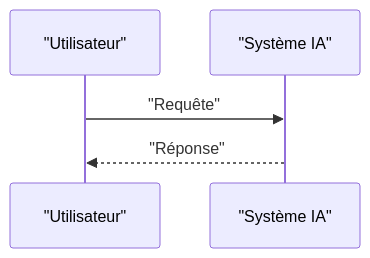
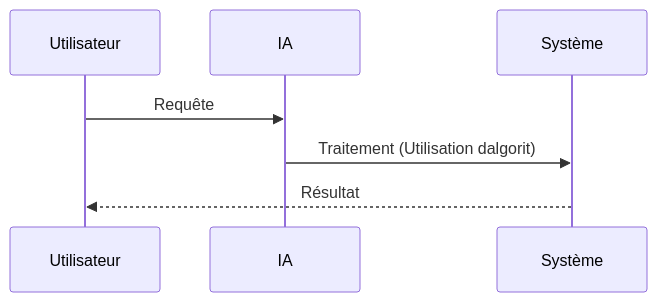
The second of 2 diagrams in ideas/quantum-materials-discovery/README.fr.md (flouzzy/top-100-ai-startup-ideas), drawn with Mermaid before and after one commit. The commit also changed other lines of this file and 68 other files, not shown here.

````diff
--- a/ideas/quantum-materials-discovery/README.fr.md
+++ b/ideas/quantum-materials-discovery/README.fr.md
@@ -37,7 +37,9 @@
 ```mermaid
 sequenceDiagram
-    participant U as "Utilisateur"
-    participant S as "Système IA"
-    U->>S: "Requête"
-    S-->>U: "Réponse"
+    participant Utilisateur
+    participant IA
+    participant Système
+    Utilisateur->>IA: Requête
+    IA->>Système: Traitement (Utilisation dalgorit)
+    Système-->>Utilisateur: Résultat
 ```
````
